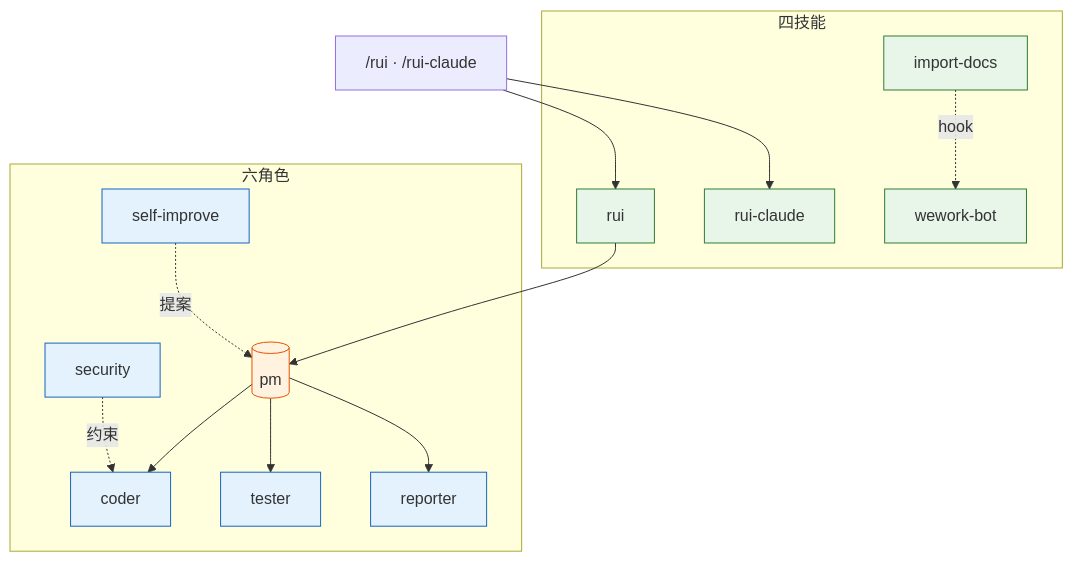
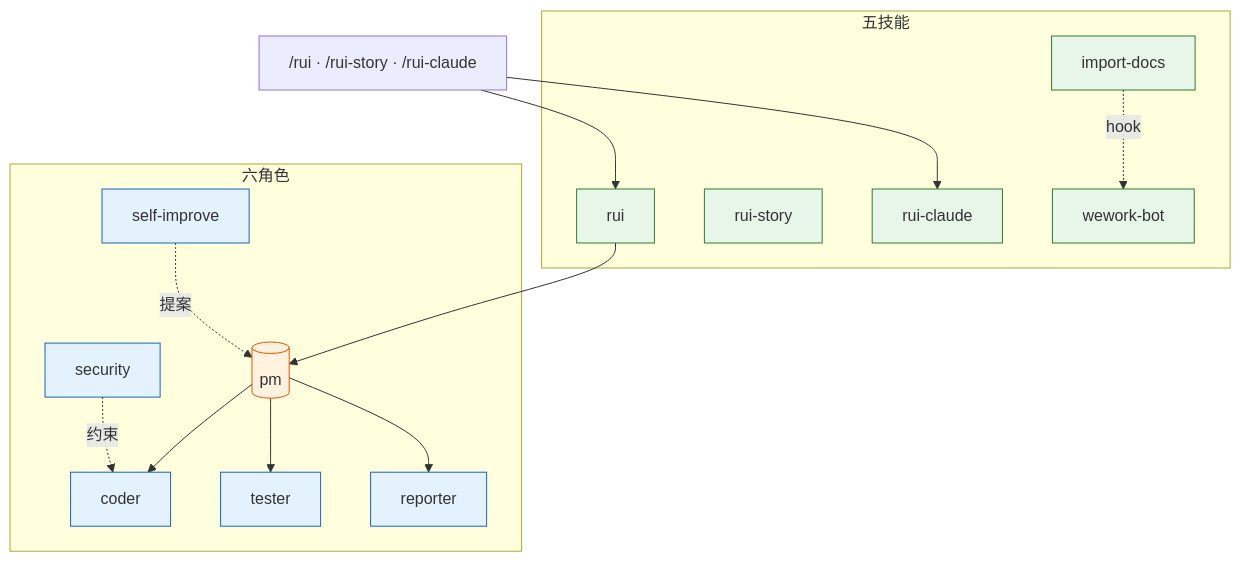
Before and after one commit to effiy/YrY: the first of 6 diagrams in README.md, drawn with Mermaid. The commit also changed other lines of this file and 7 other files, not shown here.

````diff
--- a/README.md
+++ b/README.md
@@ -7,31 +7,32 @@
 ```mermaid
 flowchart TD
-    CMD["/rui · /rui-claude"]
+    CMD["/rui · /rui-story · /rui-claude"]
 
-    subgraph Skills[四技能]
+    subgraph Skills[五技能]
         RUI[rui]:::skill
+        RS[rui-story]:::skill
         RC[rui-claude]:::skill
         ID[import-docs]:::skill
         WW[wework-bot]:::skill
     end
 
     subgraph Agents[六角色]
         PM[("pm")]:::core
         CODER[coder]:::agent
         TESTER[tester]:::agent
         REPORTER[reporter]:::agent
         SECURITY[security]:::agent
         SI[self-improve]:::agent
     end
 
     CMD --> RUI & RC
     RUI --> PM
     PM --> CODER & TESTER & REPORTER
     SECURITY -.约束.-> CODER
     SI -.提案.-> PM
     ID -.hook.-> WW
 
     classDef core fill:#fff3e0,stroke:#e65100;
     classDef agent fill:#e3f2fd,stroke:#1565c0;
     classDef skill fill:#e8f5e9,stroke:#2e7d32;
 ```
````
